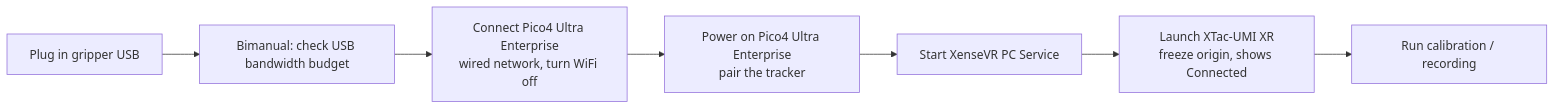
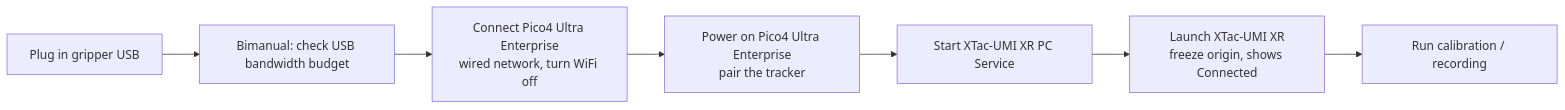
Before and after one commit to XenseRobotics-AI/XTac-UMI-G1-Docs: the diagram in docs/pc/index.en.md, drawn with Mermaid. The commit also changed other lines of this file and 21 other files, not shown here.

First line of the commit message:
docs: XenseVR 改名 XTac-UMI XR;头显默认走有线,写明无线的波动与延迟;润色 g1 开头

````diff
--- a/docs/pc/index.en.md
+++ b/docs/pc/index.en.md
@@ -49,9 +49,9 @@
 ```mermaid
 flowchart LR
     A[Plug in gripper USB] --> U[Bimanual: check USB bandwidth budget]
     U --> N[Connect Pico4 Ultra Enterprise<br/>wired network, turn WiFi off]
     N --> B[Power on Pico4 Ultra Enterprise<br/>pair the tracker]
-    B --> D[Start XenseVR PC Service]
+    B --> D[Start XTac-UMI XR PC Service]
     D --> C[Launch XTac-UMI XR<br/>freeze origin, shows Connected]
     C --> E[Run calibration / recording]
 ```
````
